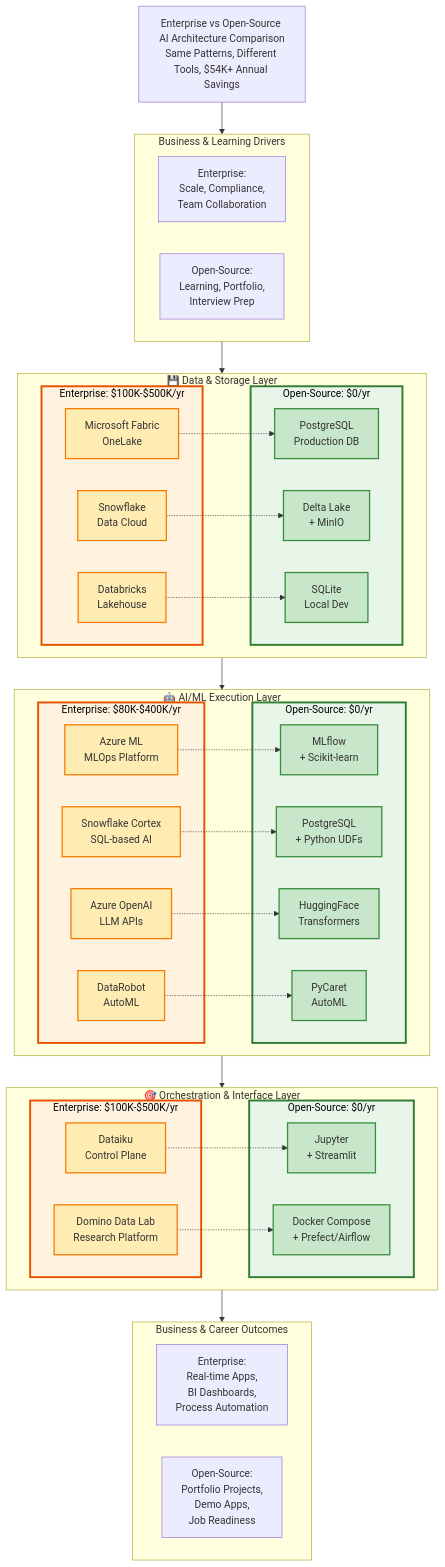
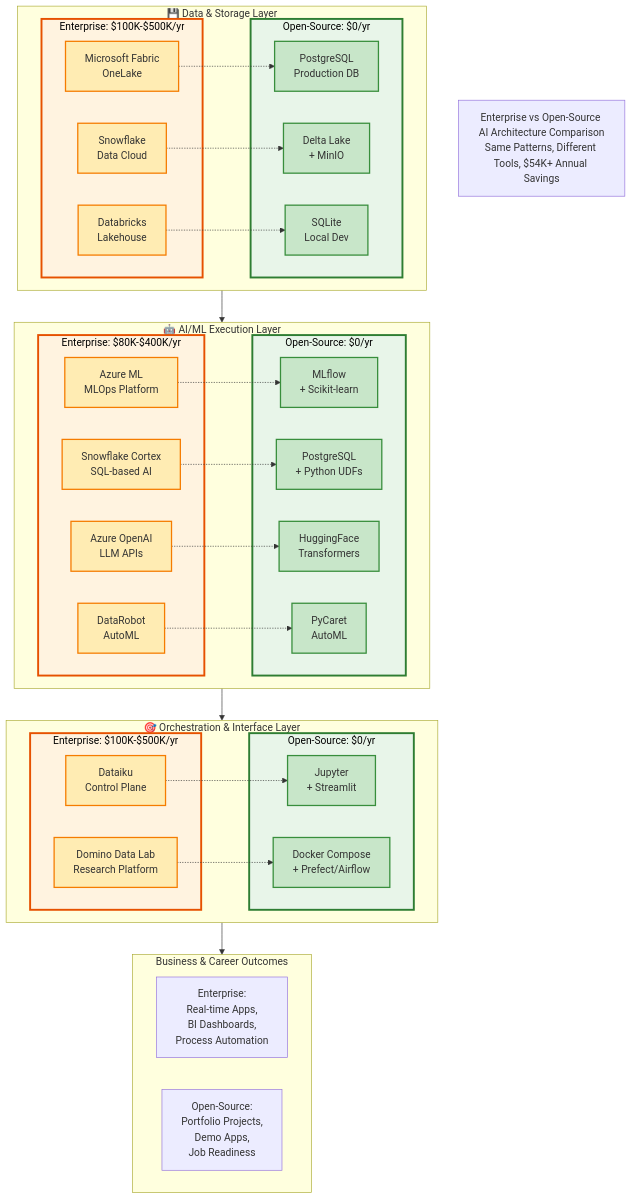
One commit to justin-mbca/enterprise-ai-workflows changed the diagram in ARCHITECTURE-COMPARISON.md. Above: the diagram before and after it, drawn with Mermaid.

Commit message:
Mermaid: remove 'Business & Learning Drivers' subgraph and related edges for cleaner comparison

```diff
--- a/ARCHITECTURE-COMPARISON.md
+++ b/ARCHITECTURE-COMPARISON.md
@@ -7,14 +7,7 @@
     %% ========== TITLE ==========
     title[Enterprise vs Open-Source AI Architecture Comparison<br/>Same Patterns, Different Tools, $54K+ Annual Savings]
     
-    %% ========== BUSINESS DRIVERS ==========
-    subgraph drivers[Business & Learning Drivers]
-        direction LR
-        B1[Enterprise:<br/>Scale, Compliance,<br/>Team Collaboration]
-        B2[Open-Source:<br/>Learning, Portfolio,<br/>Interview Prep]
-    end
     
-    title --> drivers
     
     %% ========== LAYER 1: DATA & STORAGE ==========
     subgraph layer1[💾 Data & Storage Layer]
@@ -75,7 +68,7 @@
     end
     
     %% ========== FLOW CONNECTIONS ==========
-    drivers --> layer1
+    
     layer1 --> layer2
     layer2 --> layer3
     layer3 --> outcomes
```
